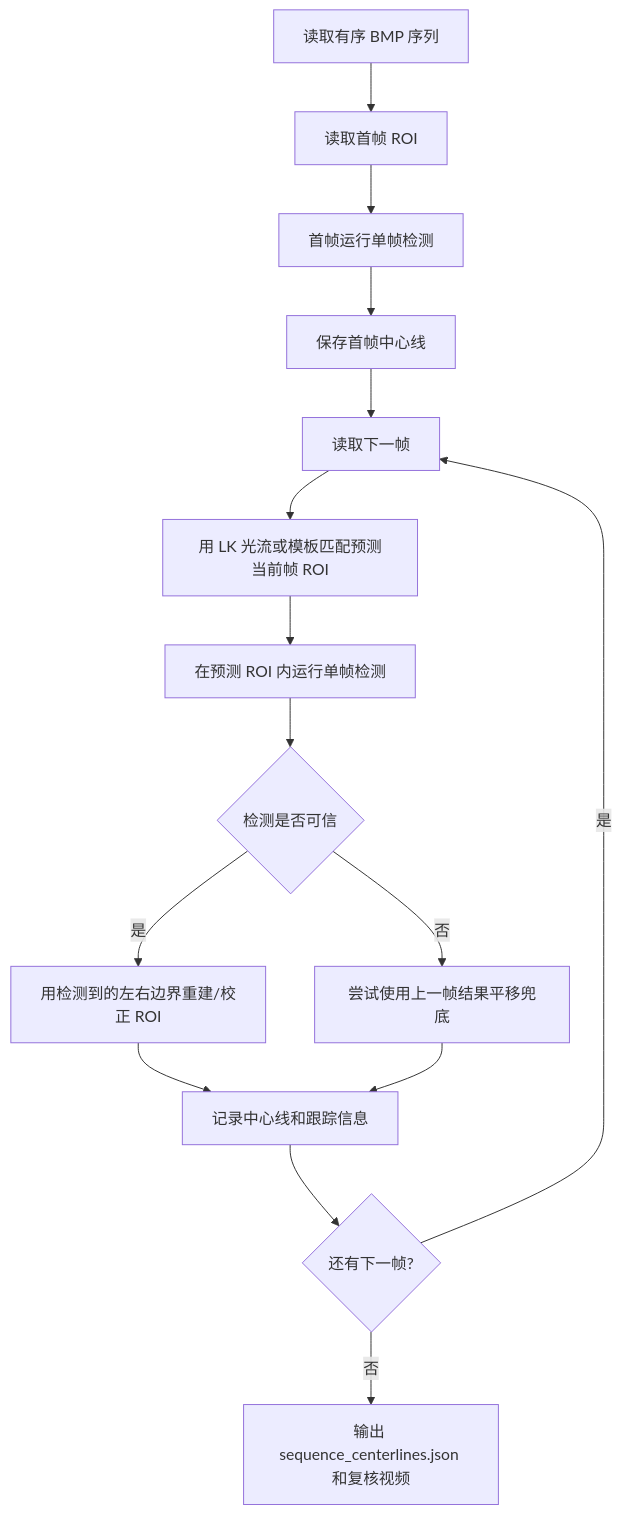
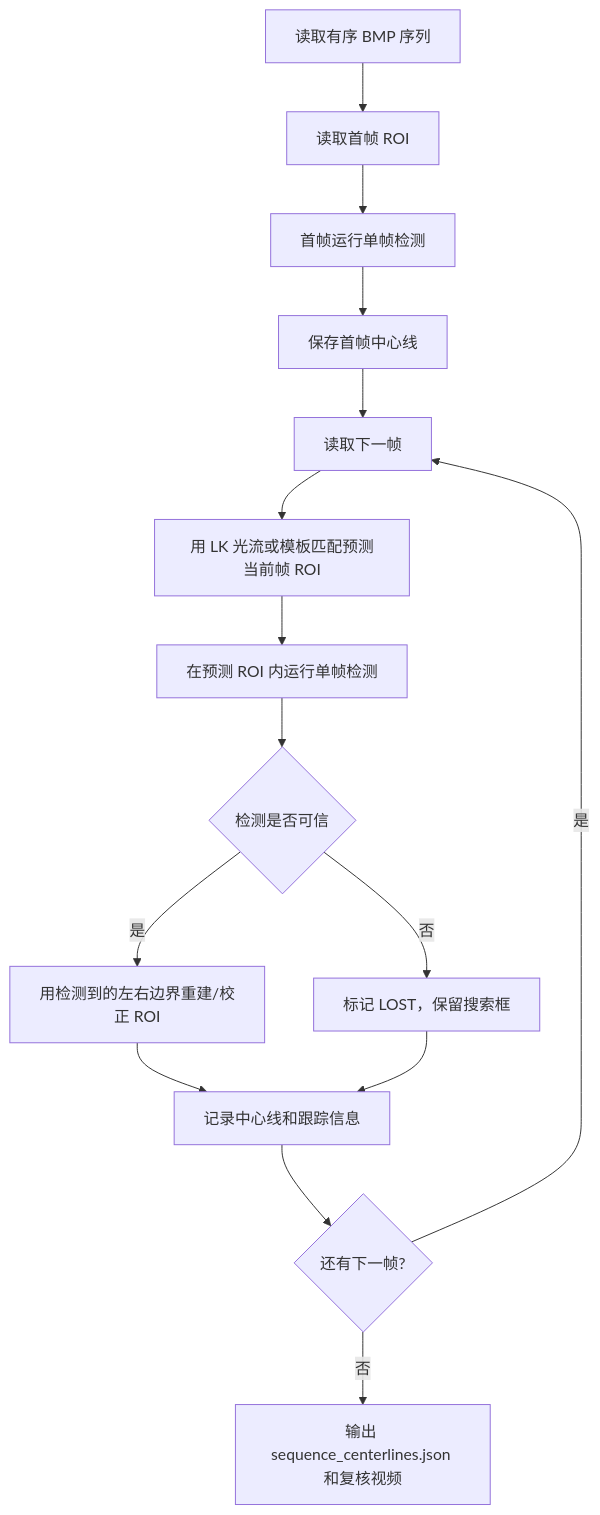
Before and after one commit to urheipi/stereotracking: the diagram in docs/current_detection_workflow.md, drawn with Mermaid. The commit also changed other lines of this file and 14 other files, not shown here.

````diff
--- a/docs/current_detection_workflow.md
+++ b/docs/current_detection_workflow.md
@@ -31,17 +31,17 @@
 ```mermaid
 flowchart TD
     A["读取有序 BMP 序列"] --> B["读取首帧 ROI"]
     B --> C["首帧运行单帧检测"]
     C --> D["保存首帧中心线"]
     D --> E["读取下一帧"]
     E --> F["用 LK 光流或模板匹配预测当前帧 ROI"]
     F --> G["在预测 ROI 内运行单帧检测"]
     G --> H{"检测是否可信"}
     H -->|是| I["用检测到的左右边界重建/校正 ROI"]
-    H -->|否| J["尝试使用上一帧结果平移兜底"]
+    H -->|否| J["标记 LOST，保留搜索框"]
     I --> K["记录中心线和跟踪信息"]
     J --> K
     K --> L{"还有下一帧?"}
     L -->|是| E
     L -->|否| M["输出 sequence_centerlines.json 和复核视频"]
 ```
````
